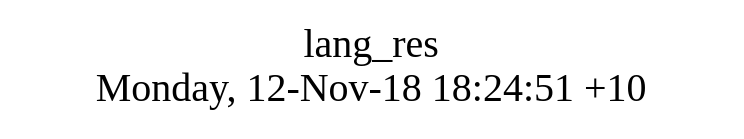
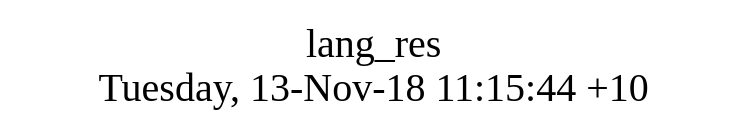
Before and after one commit to AplaProject/apps: the diagram in src/lang_res/struct.dot, drawn with Graphviz. The commit also changed 3 other files, not shown here.

```diff
--- a/src/lang_res/struct.dot
+++ b/src/lang_res/struct.dot
@@ -1,8 +1,8 @@
 digraph G {
 fontsize="24";
-label="lang_res\nMonday, 12-Nov-18 18:24:51 +10";
+label="lang_res\nTuesday, 13-Nov-18 11:15:44 +10";
 nojustify=true;
 ordering=out;
 rankdir=LR;
 size="30";
 }
```
